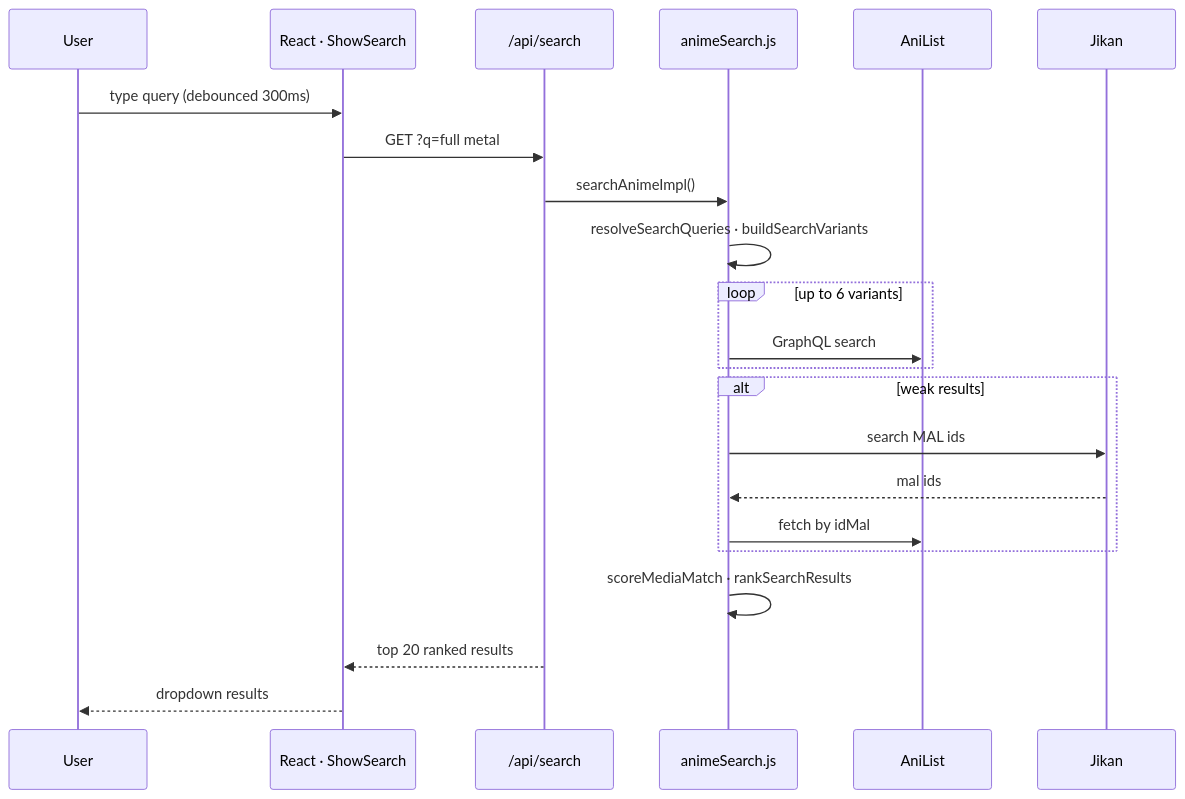
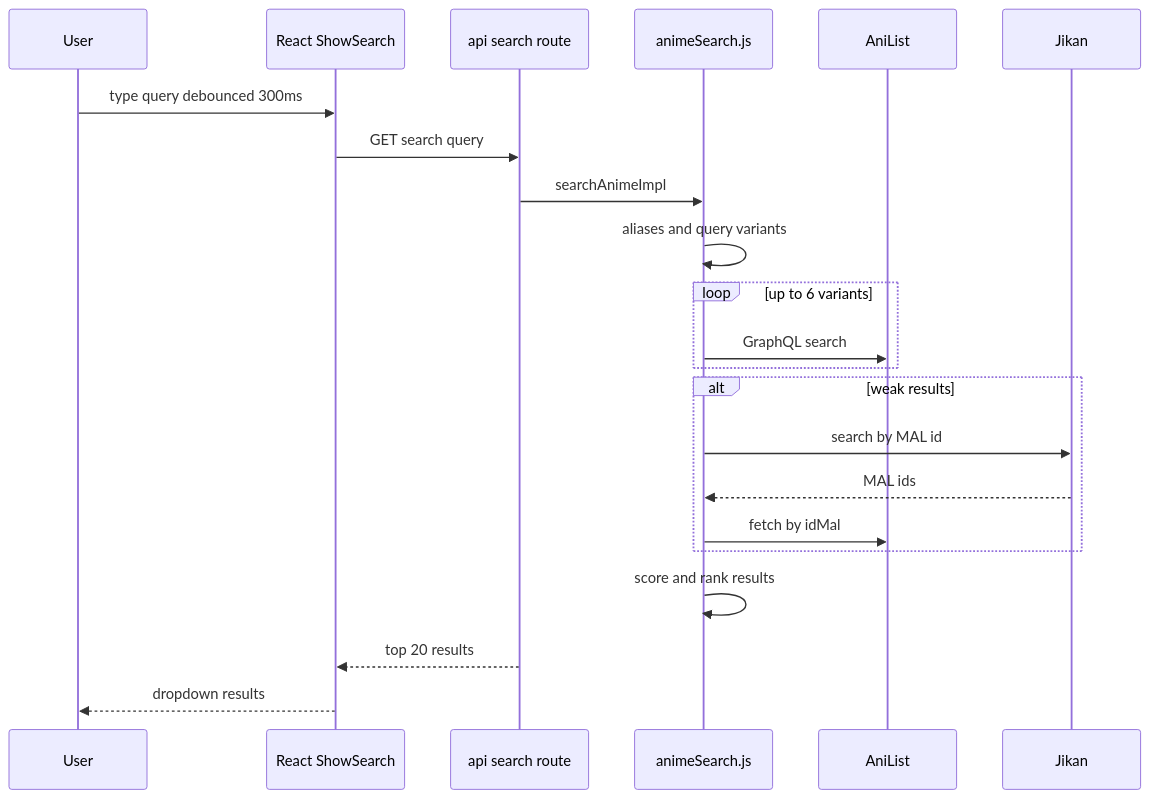
Before and after one commit to tahmidft/cour: the second of 4 diagrams in README.md, drawn with Mermaid. The commit also changed other lines of this file, not shown here.

First line of the commit message:
Fix README problem statement and GitHub-safe Mermaid diagrams.

````diff
--- a/README.md
+++ b/README.md
@@ -116,25 +116,25 @@
 ```mermaid
 sequenceDiagram
-  participant U as User
-  participant R as React · ShowSearch
-  participant A as /api/search
-  participant S as animeSearch.js
-  participant AL as AniList
-  participant J as Jikan
+  participant User
+  participant ShowSearch as React ShowSearch
+  participant SearchAPI as api search route
+  participant SearchLib as animeSearch.js
+  participant AniList
+  participant Jikan
 
-  U->>R: type query (debounced 300ms)
-  R->>A: GET ?q=full metal
-  A->>S: searchAnimeImpl()
-  S->>S: resolveSearchQueries · buildSearchVariants
+  User->>ShowSearch: type query debounced 300ms
+  ShowSearch->>SearchAPI: GET search query
+  SearchAPI->>SearchLib: searchAnimeImpl
+  SearchLib->>SearchLib: aliases and query variants
   loop up to 6 variants
-    S->>AL: GraphQL search
+    SearchLib->>AniList: GraphQL search
   end
   alt weak results
-    S->>J: search MAL ids
-    J-->>S: mal ids
-    S->>AL: fetch by idMal
+    SearchLib->>Jikan: search by MAL id
+    Jikan-->>SearchLib: MAL ids
+    SearchLib->>AniList: fetch by idMal
   end
-  S->>S: scoreMediaMatch · rankSearchResults
-  A-->>R: top 20 ranked results
-  R-->>U: dropdown results
+  SearchLib->>SearchLib: score and rank results
+  SearchAPI-->>ShowSearch: top 20 results
+  ShowSearch-->>User: dropdown results
 ```
````
